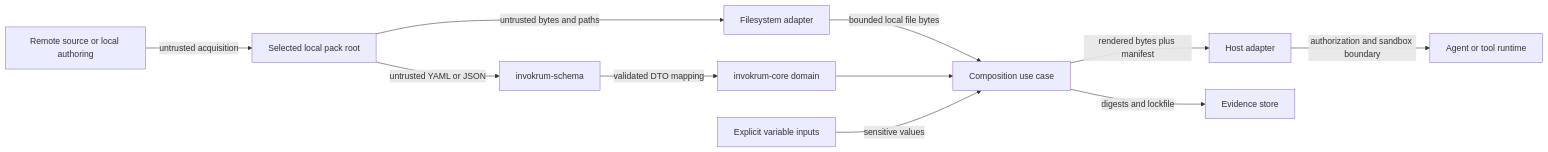
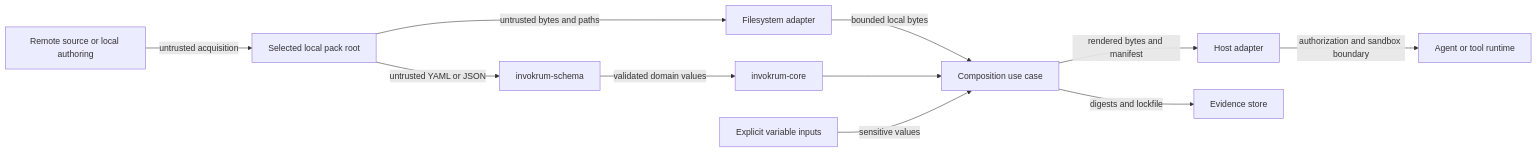
The diagram in docs/security/threat-model.md (hackelia-micrantha/invokrum), drawn with Mermaid before and after one commit. The commit also changed other lines of this file, not shown here.

````diff
--- a/docs/security/threat-model.md
+++ b/docs/security/threat-model.md
@@ -54,13 +46,13 @@
 ```mermaid
 flowchart LR
   Source[Remote source or local authoring] -->|untrusted acquisition| Root[Selected local pack root]
   Root -->|untrusted bytes and paths| FS[Filesystem adapter]
   Root -->|untrusted YAML or JSON| Schema[invokrum-schema]
-  Schema -->|validated DTO mapping| Core[invokrum-core domain]
-  FS -->|bounded local file bytes| App[Composition use case]
+  Schema -->|validated domain values| Core[invokrum-core]
+  FS -->|bounded local bytes| App[Composition use case]
   Core --> App
   Secrets[Explicit variable inputs] -->|sensitive values| App
-  App -->|rendered bytes plus manifest| Host[Host adapter]
+  App -->|rendered bytes and manifest| Host[Host adapter]
   Host -->|authorization and sandbox boundary| Runtime[Agent or tool runtime]
   App -->|digests and lockfile| Evidence[Evidence store]
 ```
````
